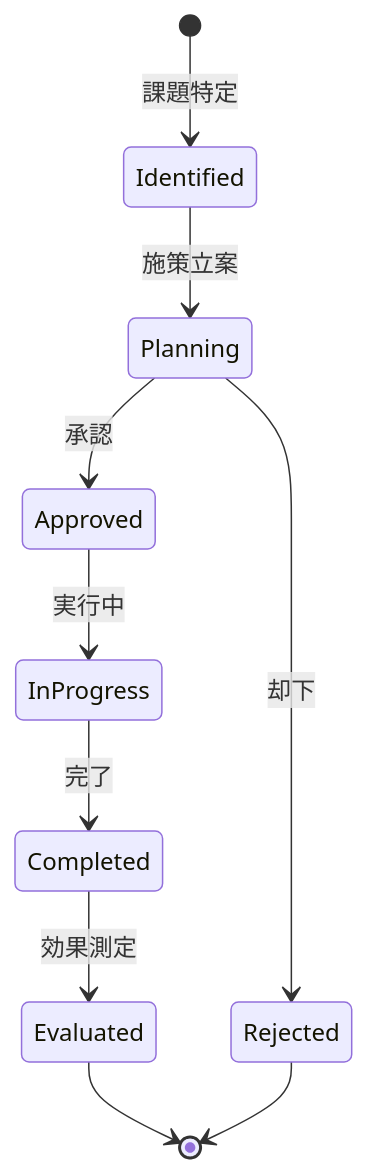
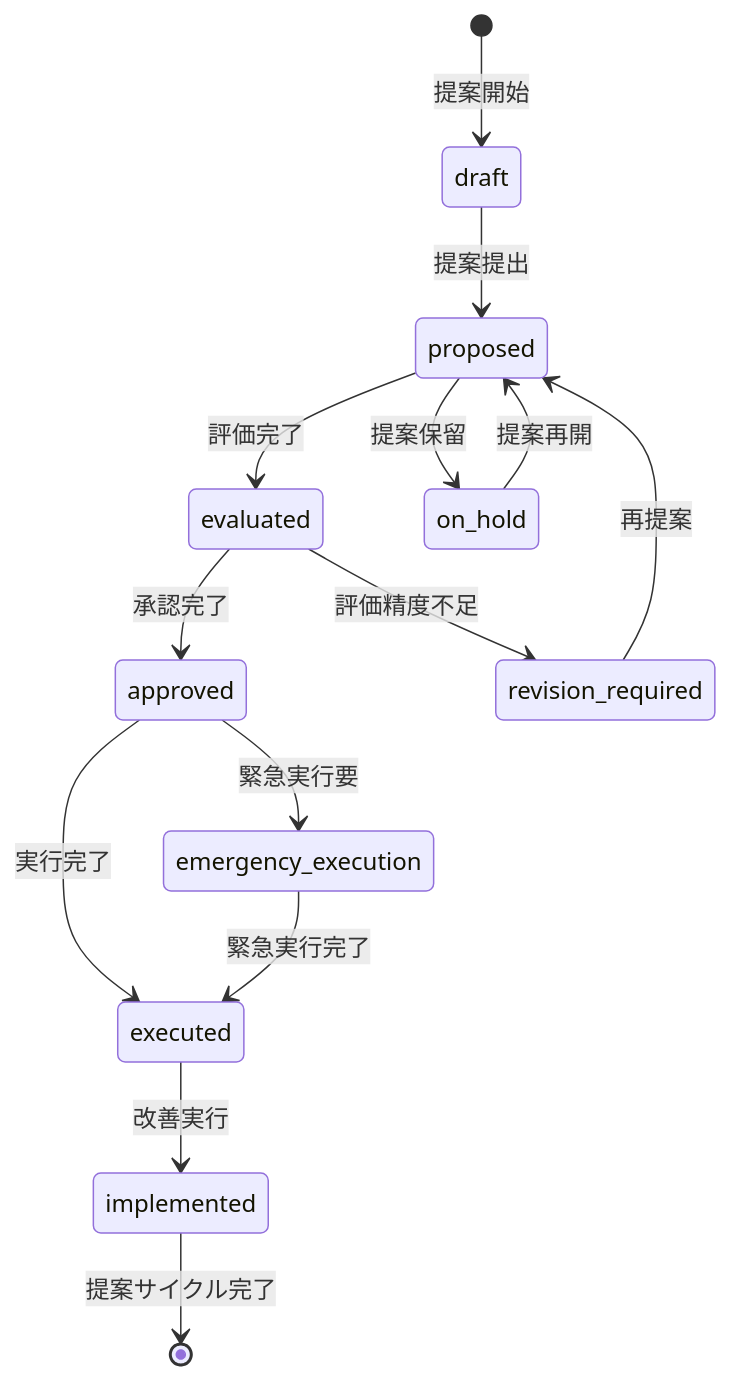
Before and after one commit to hmoriya/consultingTool: the diagram in consulting-dashboard-new/docs/parasol/services/revenue-optimization-service/capabilities/analyze-and-improve-profitability/operations/propose-improvement-actions/operation.md, drawn with Mermaid. The commit also changed other lines of this file and 209 other files, not shown here.

````diff
--- a/consulting-dashboard-new/docs/parasol/services/revenue-optimization-service/capabilities/analyze-and-improve-profitability/operations/propose-improvement-actions/operation.md
+++ b/consulting-dashboard-new/docs/parasol/services/revenue-optimization-service/capabilities/analyze-and-improve-profitability/operations/propose-improvement-actions/operation.md
@@ -56,13 +123,17 @@
 ```mermaid
 stateDiagram-v2
-    [*] --> Identified: 課題特定
-    Identified --> Planning: 施策立案
-    Planning --> Approved: 承認
-    Approved --> InProgress: 実行中
-    InProgress --> Completed: 完了
-    Completed --> Evaluated: 効果測定
-    Evaluated --> [*]
+    [*] --> draft: 提案開始
+    draft --> proposed: 提案提出
+    proposed --> evaluated: 評価完了
+    evaluated --> approved: 承認完了
+    approved --> executed: 実行完了
+    executed --> implemented: 改善実行
+    implemented --> [*]: 提案サイクル完了
 
-    Planning --> Rejected: 却下
-    Rejected --> [*]
+    evaluated --> revision_required: 評価精度不足
+    revision_required --> proposed: 再提案
+    approved --> emergency_execution: 緊急実行要
+    emergency_execution --> executed: 緊急実行完了
+    proposed --> on_hold: 提案保留
+    on_hold --> proposed: 提案再開
 ```
````
